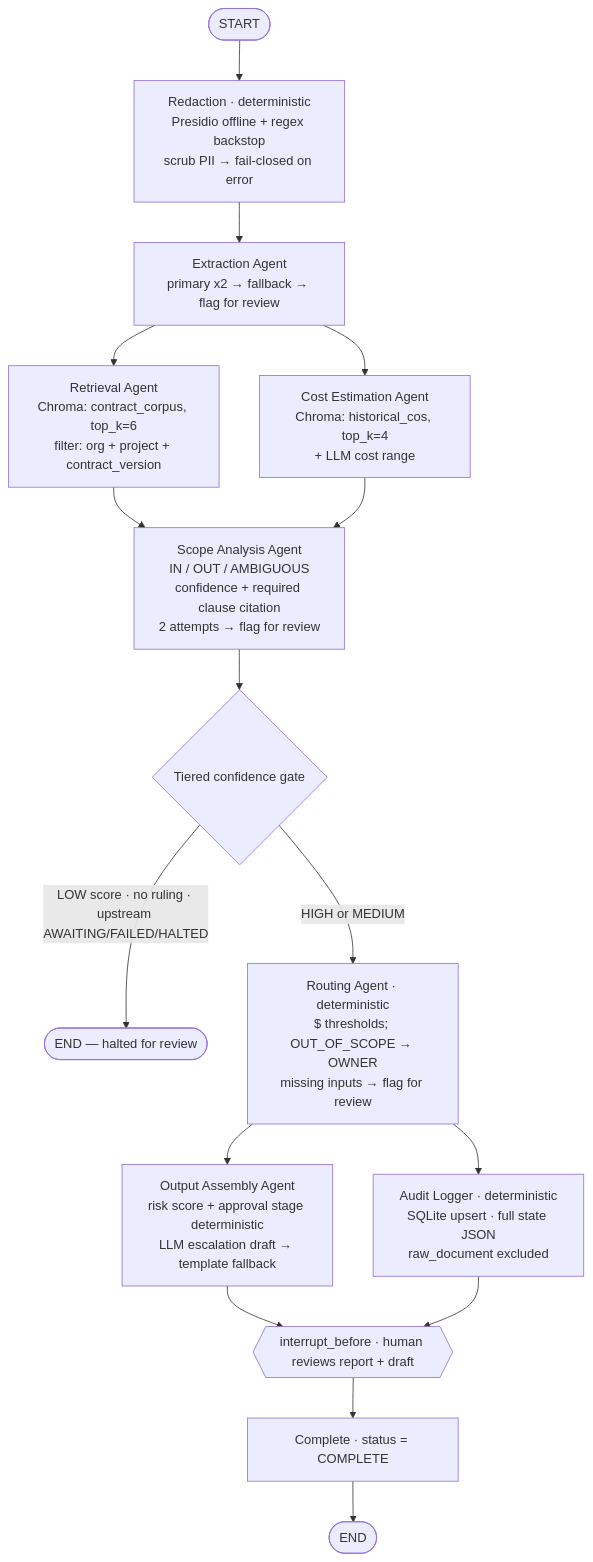
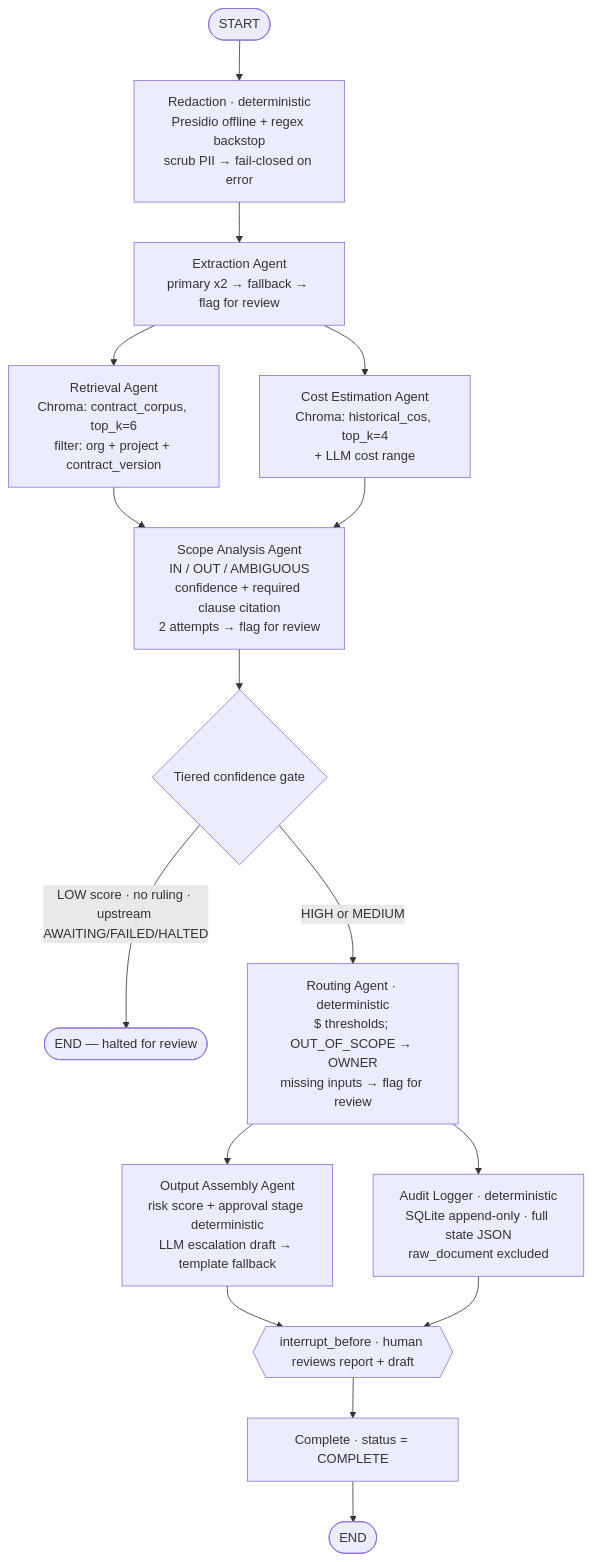
The second of 2 diagrams in README.md (bmt3755/change-order-agent), drawn with Mermaid before and after one commit. The commit also changed other lines of this file and 3 other files, not shown here.

First line of the commit message:
Make the audit log append-only

````diff
--- a/README.md
+++ b/README.md
@@ -69,23 +69,23 @@
 ```mermaid
 flowchart TD
     START([START]) --> RED[Redaction · deterministic<br/>Presidio offline + regex backstop<br/>scrub PII → fail-closed on error]
     RED --> EX[Extraction Agent<br/>primary x2 → fallback → flag for review]
 
     EX --> RET[Retrieval Agent<br/>Chroma: contract_corpus, top_k=6<br/>filter: org + project + contract_version]
     EX --> COST[Cost Estimation Agent<br/>Chroma: historical_cos, top_k=4<br/>+ LLM cost range]
 
     RET --> SCOPE[Scope Analysis Agent<br/>IN / OUT / AMBIGUOUS<br/>confidence + required clause citation<br/>2 attempts → flag for review]
     COST --> SCOPE
 
     SCOPE --> GATE{Tiered confidence gate}
     GATE -->|LOW score · no ruling · upstream AWAITING/FAILED/HALTED| HALT([END — halted for review])
     GATE -->|HIGH or MEDIUM| ROUTE[Routing Agent · deterministic<br/>$ thresholds; OUT_OF_SCOPE → OWNER<br/>missing inputs → flag for review]
 
     ROUTE --> ASM[Output Assembly Agent<br/>risk score + approval stage deterministic<br/>LLM escalation draft → template fallback]
-    ROUTE --> AUD[Audit Logger · deterministic<br/>SQLite upsert · full state JSON<br/>raw_document excluded]
+    ROUTE --> AUD[Audit Logger · deterministic<br/>SQLite append-only · full state JSON<br/>raw_document excluded]
 
     ASM --> HITL{{interrupt_before · human reviews report + draft}}
     AUD --> HITL
     HITL --> DONE[Complete · status = COMPLETE]
     DONE --> ENDN([END])
 ```
````
